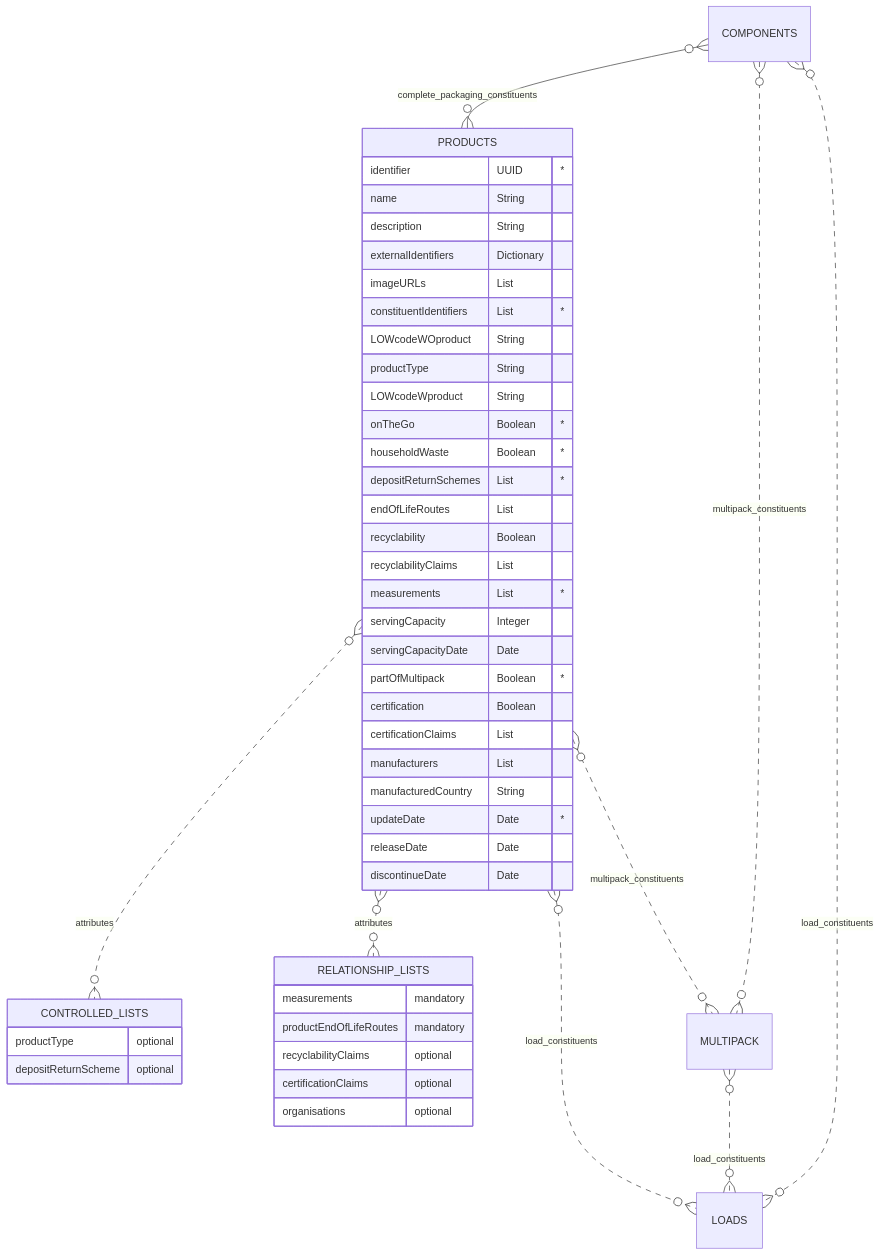
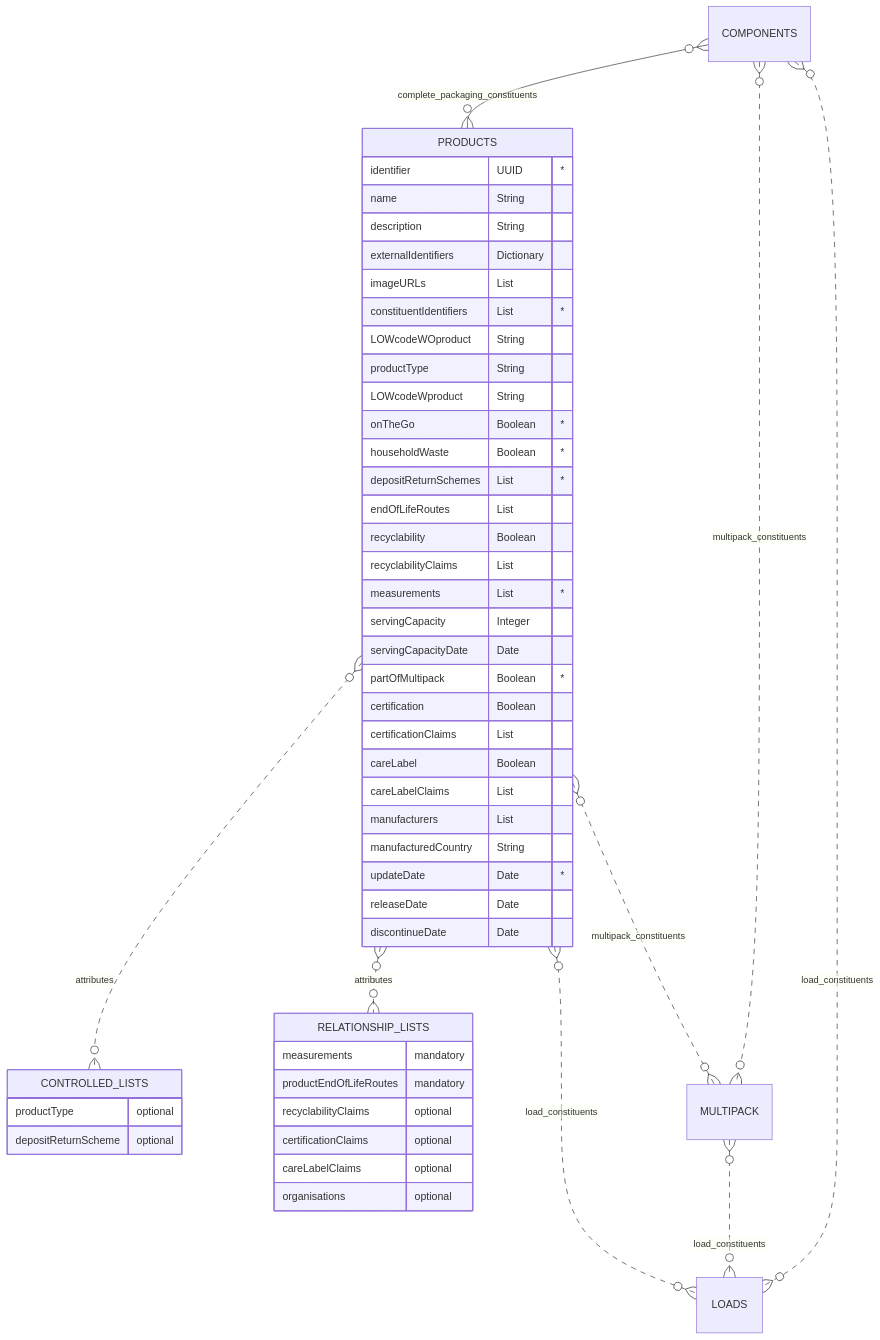
One commit to OpenDataManchester/OSTFD changed the diagram in docs/schema/fashion-and-textile-products.md. Above: the diagram before and after it, drawn with Mermaid. The commit also changed other lines of this file and 5 other files, not shown here.

````diff
--- a/docs/schema/fashion-and-textile-products.md
+++ b/docs/schema/fashion-and-textile-products.md
@@ -48,50 +50,53 @@
 ``` mermaid
 erDiagram
 COMPONENTS }o--o{ PRODUCTS : complete_packaging_constituents
   PRODUCTS {
     identifier UUID "*"
     name String
     description String
     externalIdentifiers Dictionary
     imageURLs List
     constituentIdentifiers List "*"
     LOWcodeWOproduct String
     productType String
     LOWcodeWproduct String
     onTheGo Boolean "*"
     householdWaste Boolean "*"
     depositReturnSchemes List "*"
     endOfLifeRoutes List
     recyclability Boolean
     recyclabilityClaims List
     measurements List "*"
     servingCapacity Integer
     servingCapacityDate Date
     partOfMultipack Boolean "*"
     certification Boolean
     certificationClaims List
+    careLabel Boolean
+    careLabelClaims List
     manufacturers List
     manufacturedCountry String
     updateDate Date "*"
     releaseDate Date
     discontinueDate Date
   }
   PRODUCTS }o..o{ CONTROLLED_LISTS : attributes
   PRODUCTS }O..O{ RELATIONSHIP_LISTS : attributes
   PRODUCTS }o..o{ MULTIPACK : multipack_constituents
   COMPONENTS }o..o{ MULTIPACK : multipack_constituents
   PRODUCTS }o..o{ LOADS : load_constituents
   MULTIPACK }o..o{ LOADS : load_constituents
   COMPONENTS }o..o{ LOADS : load_constituents
       CONTROLLED_LISTS {
       productType optional
       depositReturnScheme optional
     }
     RELATIONSHIP_LISTS {
       measurements mandatory
       productEndOfLifeRoutes mandatory
       recyclabilityClaims optional
       certificationClaims optional
+      careLabelClaims optional
       organisations optional
     }
 ```
````
